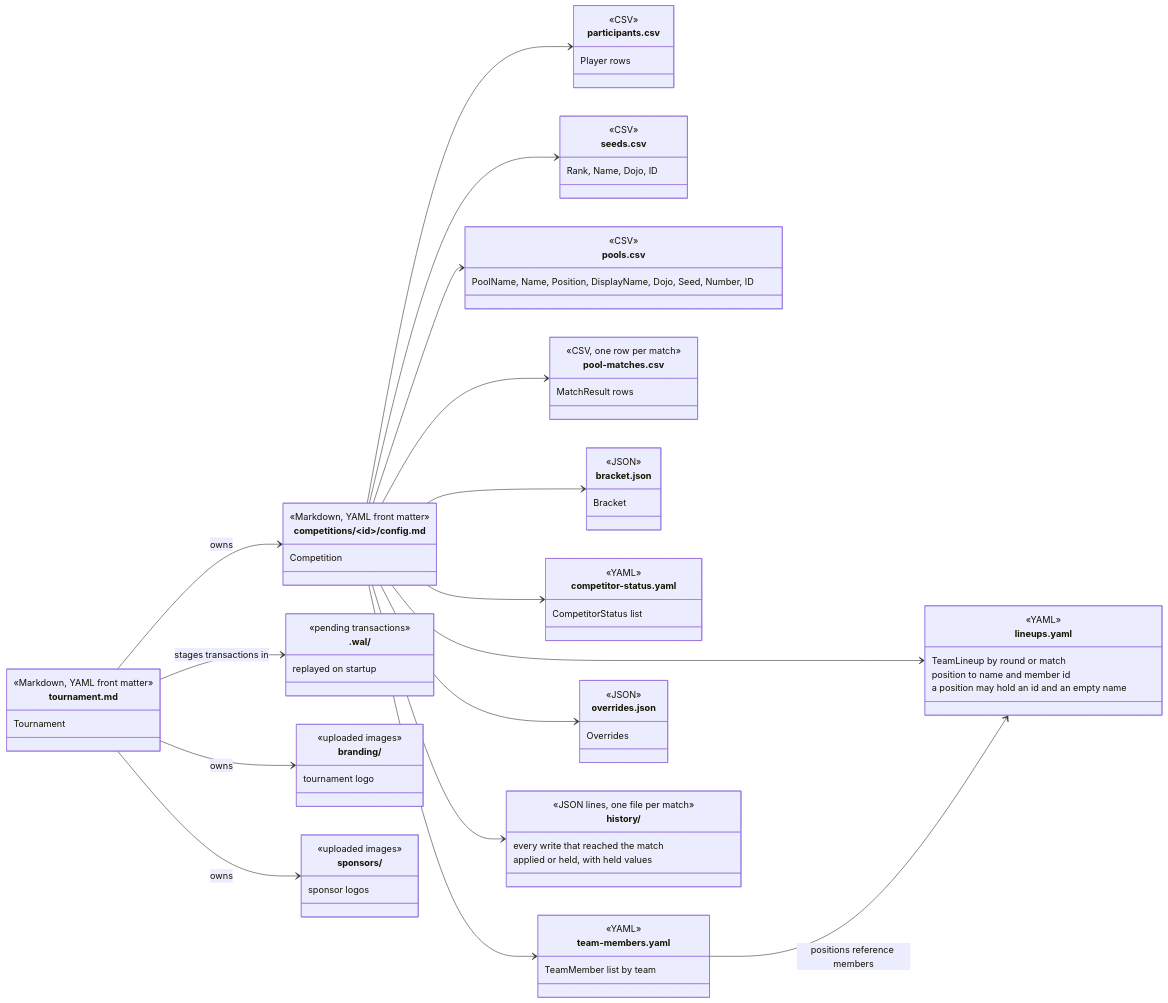
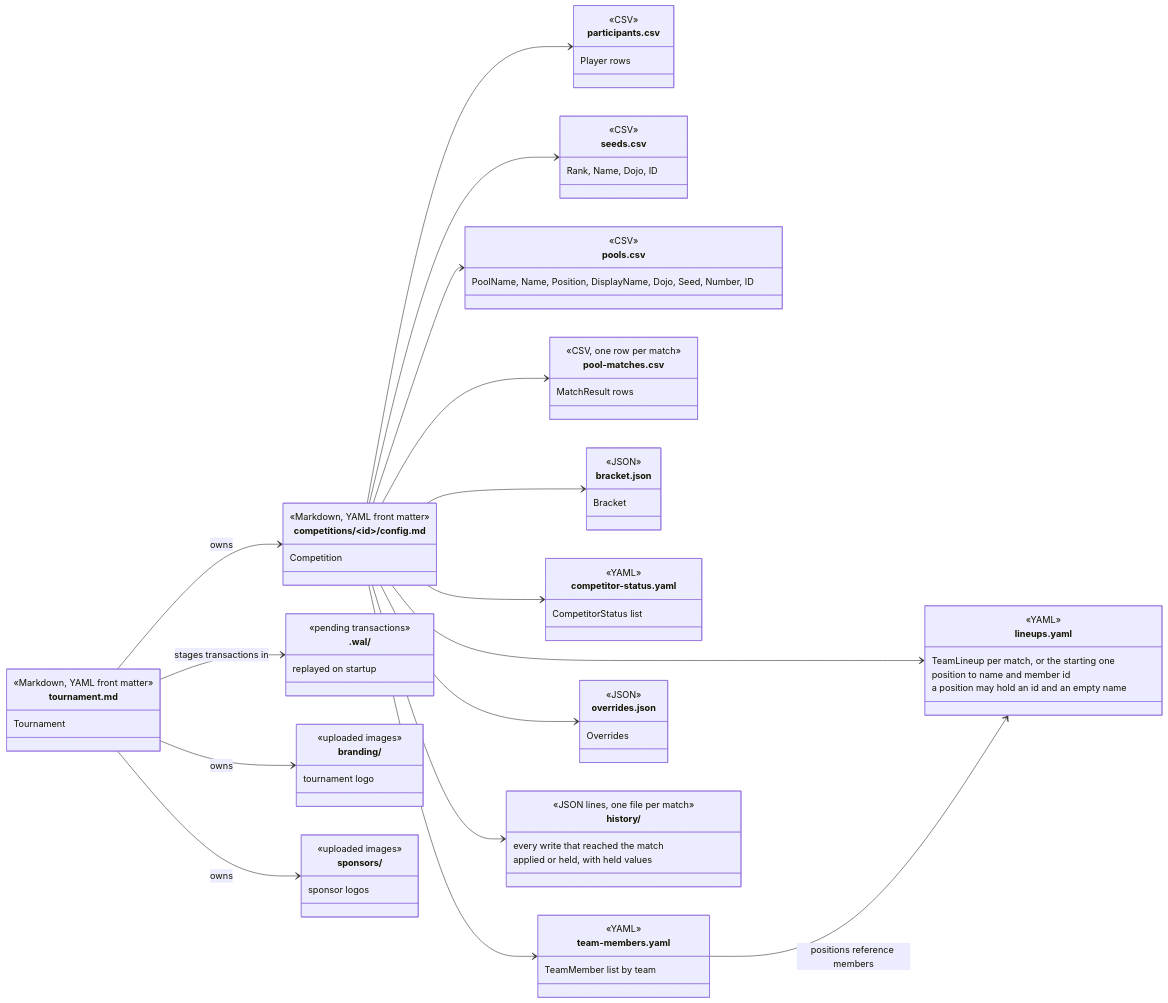
Before and after one commit to gitrgoliveira/bracket-creator: the third of 4 diagrams in docs/architecture/data-model.md, drawn with Mermaid. The commit also changed other lines of this file and 34 other files, not shown here.

```diff
--- a/docs/architecture/data-model.md
+++ b/docs/architecture/data-model.md
@@ -431,7 +440,7 @@
     }
     class lineups_yaml["lineups.yaml"] {
         <<YAML>>
-        TeamLineup by round or match
+        TeamLineup per match, or the starting one
         position to name and member id
         a position may hold an id and an empty name
     }
```
